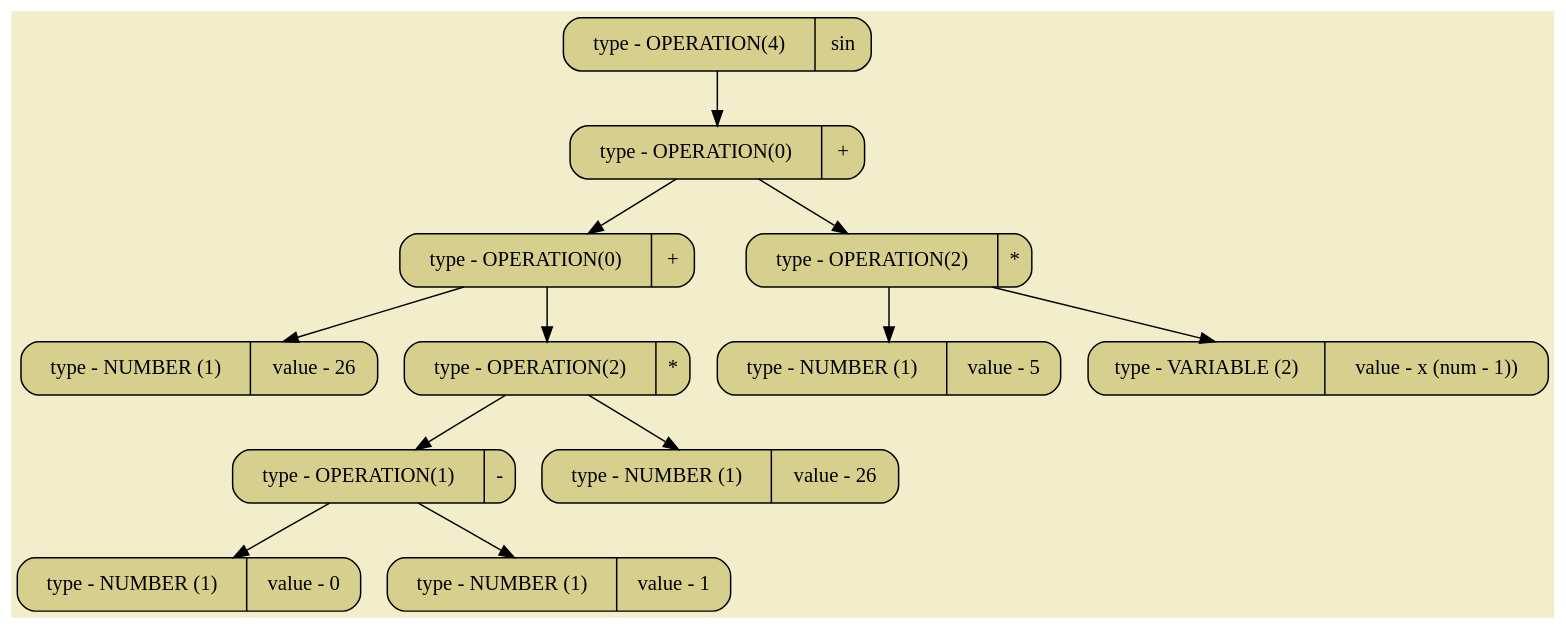
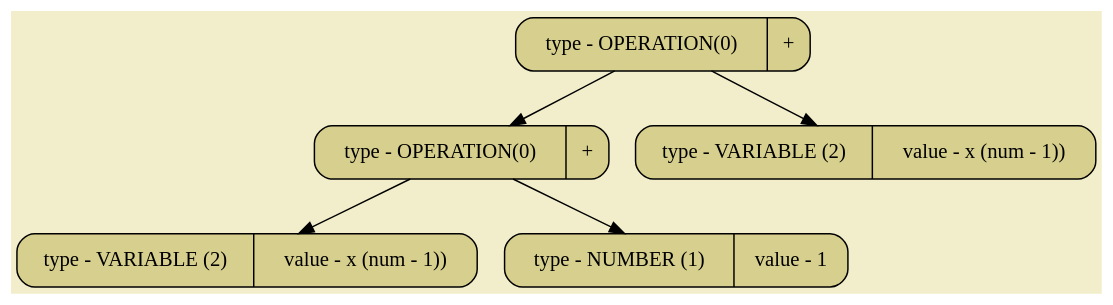
One commit to SashaKhaytina/Differenciator changed the diagram in pictures/image01.dot. Above: the diagram before and after it, drawn with Graphviz. The commit also changed 15 other files, not shown here.

```diff
--- a/pictures/image01.dot
+++ b/pictures/image01.dot
@@ -1,28 +1,14 @@
 digraph
 {
 bgcolor="#F2EECB";
 rankdir = TB;
-POINT_0x5c9a8f445490[shape=Mrecord, label = "type - OPERATION(4) | sin", style="filled",fillcolor="#D7CF8D"]
-POINT_0x5c9a8f445598[shape=Mrecord, label = "type - OPERATION(0) | +", style="filled",fillcolor="#D7CF8D"]
-POINT_0x5c9a8f4454d8[shape=Mrecord, label = "type - OPERATION(0) | +", style="filled",fillcolor="#D7CF8D"]
-POINT_0x5c9a8f4454c0[shape=Mrecord, label = "type - NUMBER (1) | value - 26", style="filled",fillcolor="#D7CF8D"]
-POINT_0x5c9a8f445568[shape=Mrecord, label = "type - OPERATION(2) | *", style="filled",fillcolor="#D7CF8D"]
-POINT_0x5c9a8f445520[shape=Mrecord, label = "type - OPERATION(1) | -", style="filled",fillcolor="#D7CF8D"]
-POINT_0x5c9a8f445508[shape=Mrecord, label = "type - NUMBER (1) | value - 0", style="filled",fillcolor="#D7CF8D"]
-POINT_0x5c9a8f445538[shape=Mrecord, label = "type - NUMBER (1) | value - 1", style="filled",fillcolor="#D7CF8D"]
-POINT_0x5c9a8f445580[shape=Mrecord, label = "type - NUMBER (1) | value - 26", style="filled",fillcolor="#D7CF8D"]
-POINT_0x5c9a8f4455c8[shape=Mrecord, label = "type - OPERATION(2) | *", style="filled",fillcolor="#D7CF8D"]
-POINT_0x5c9a8f4455b0[shape=Mrecord, label = "type - NUMBER (1) | value - 5", style="filled",fillcolor="#D7CF8D"]
-POINT_0x5c9a8f4455e0[shape=Mrecord, label = "type - VARIABLE (2) | value - x (num - 1))", style="filled",fillcolor="#D7CF8D"]
-POINT_0x5c9a8f445490 -> POINT_0x5c9a8f445598
-POINT_0x5c9a8f445598 -> POINT_0x5c9a8f4454d8
-POINT_0x5c9a8f445598 -> POINT_0x5c9a8f4455c8
-POINT_0x5c9a8f4454d8 -> POINT_0x5c9a8f4454c0
-POINT_0x5c9a8f4454d8 -> POINT_0x5c9a8f445568
-POINT_0x5c9a8f445568 -> POINT_0x5c9a8f445520
-POINT_0x5c9a8f445568 -> POINT_0x5c9a8f445580
-POINT_0x5c9a8f445520 -> POINT_0x5c9a8f445508
-POINT_0x5c9a8f445520 -> POINT_0x5c9a8f445538
-POINT_0x5c9a8f4455c8 -> POINT_0x5c9a8f4455b0
-POINT_0x5c9a8f4455c8 -> POINT_0x5c9a8f4455e0
+POINT_0x5afa228cb4d8[shape=Mrecord, label = "type - OPERATION(0) | +", style="filled",fillcolor="#D7CF8D"]
+POINT_0x5afa228cb4a8[shape=Mrecord, label = "type - OPERATION(0) | +", style="filled",fillcolor="#D7CF8D"]
+POINT_0x5afa228cb490[shape=Mrecord, label = "type - VARIABLE (2) | value - x (num - 1))", style="filled",fillcolor="#D7CF8D"]
+POINT_0x5afa228cb4c0[shape=Mrecord, label = "type - NUMBER (1) | value - 1", style="filled",fillcolor="#D7CF8D"]
+POINT_0x5afa228cb4f0[shape=Mrecord, label = "type - VARIABLE (2) | value - x (num - 1))", style="filled",fillcolor="#D7CF8D"]
+POINT_0x5afa228cb4d8 -> POINT_0x5afa228cb4a8
+POINT_0x5afa228cb4d8 -> POINT_0x5afa228cb4f0
+POINT_0x5afa228cb4a8 -> POINT_0x5afa228cb490
+POINT_0x5afa228cb4a8 -> POINT_0x5afa228cb4c0
 }
```
